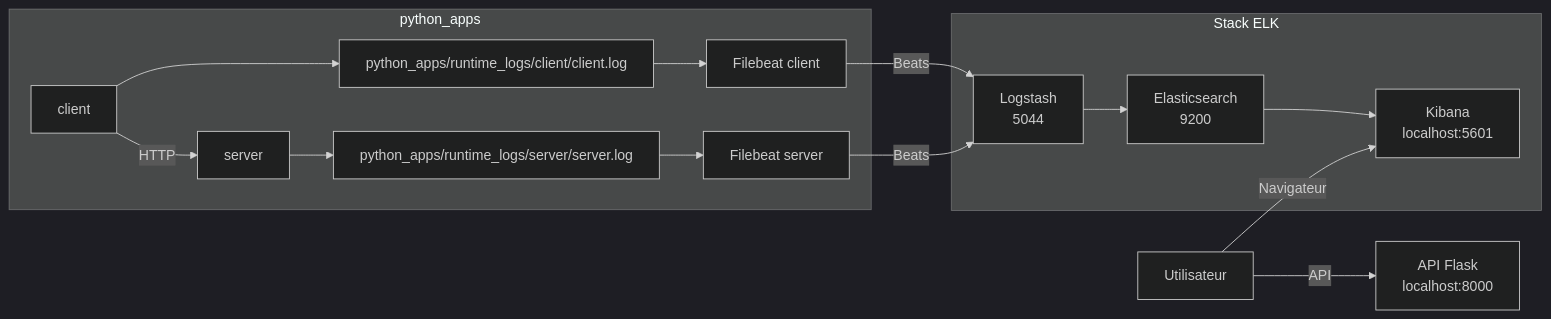
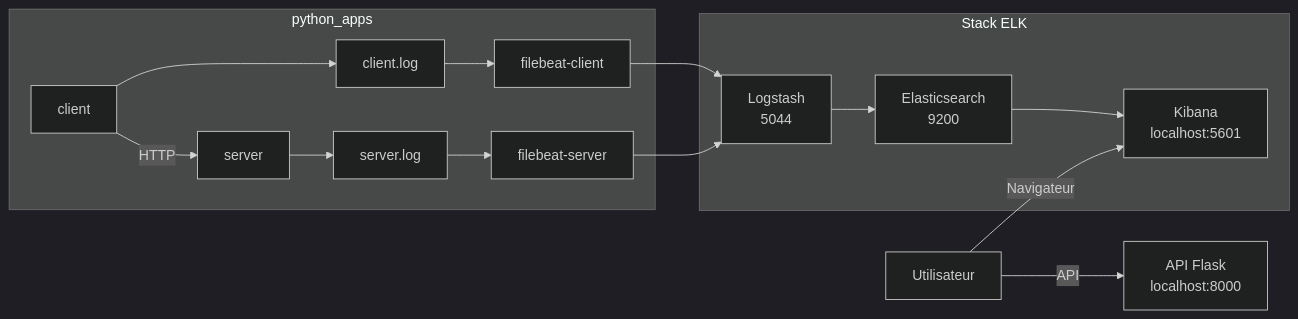
Before and after one commit to RobinThiriet/ELK: the diagram in README.md, drawn with Mermaid (dark theme). The commit also changed other lines of this file, not shown here.

````diff
--- a/README.md
+++ b/README.md
@@ -21,31 +23,31 @@
 ```mermaid
 flowchart LR
     U[Utilisateur] -->|API| API[API Flask<br/>localhost:8000]
     U -->|Navigateur| K[Kibana<br/>localhost:5601]
 
     subgraph APPS[python_apps]
         S[server]
         C[client]
-        SL[python_apps/runtime_logs/server/server.log]
-        CL[python_apps/runtime_logs/client/client.log]
-        FBS[Filebeat server]
-        FBC[Filebeat client]
+        SL[server.log]
+        CL[client.log]
+        FBS[filebeat-server]
+        FBC[filebeat-client]
 
         S --> SL
         C --> CL
         SL --> FBS
         CL --> FBC
     end
 
     subgraph ELK[Stack ELK]
         L[Logstash<br/>5044]
         E[Elasticsearch<br/>9200]
         K
     end
 
     C -->|HTTP| S
-    FBS -->|Beats| L
-    FBC -->|Beats| L
+    FBS --> L
+    FBC --> L
     L --> E
     E --> K
 ```
````
